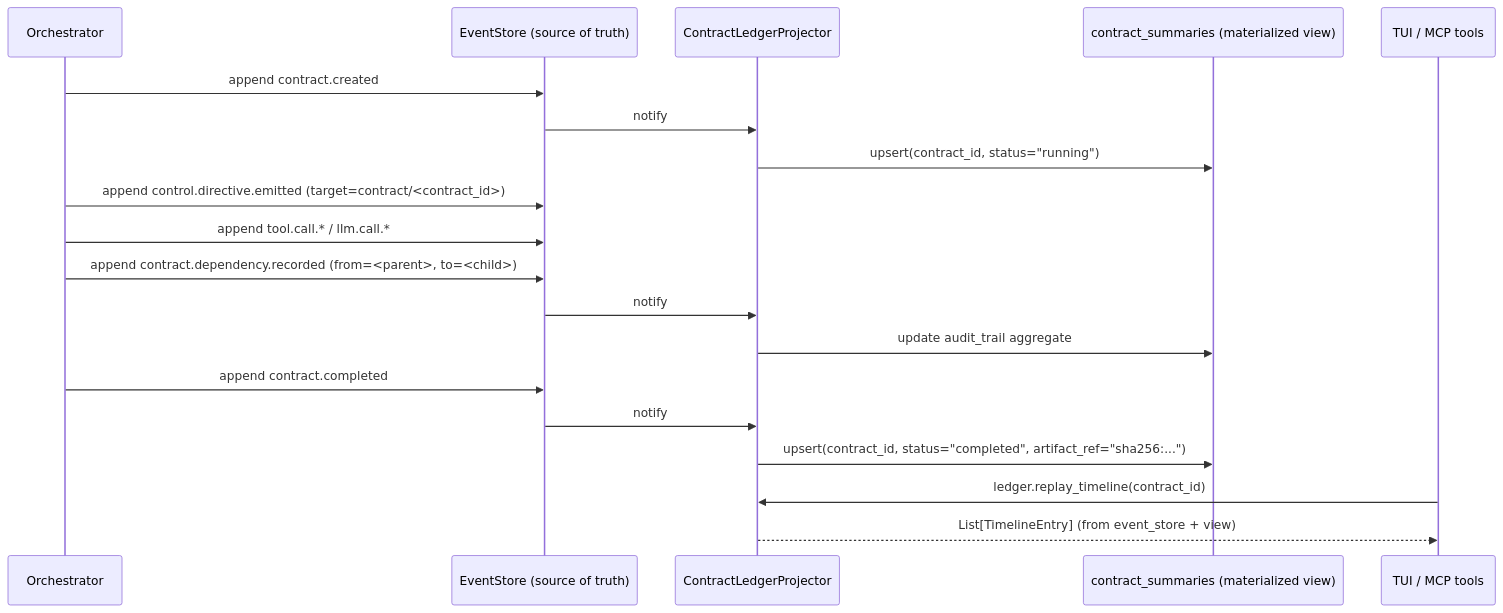
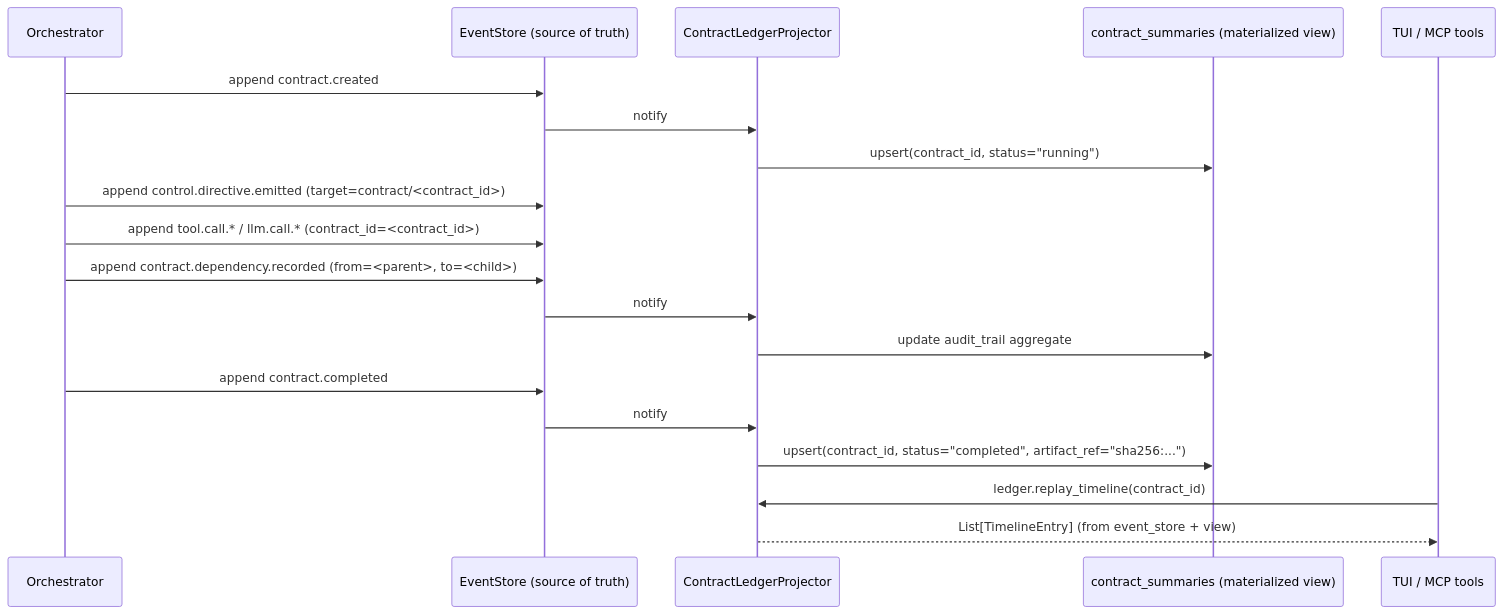
The second of 2 diagrams in docs/rfc/contract-ledger.md (Q00/ouroboros), drawn with Mermaid before and after one commit. The commit also changed other lines of this file, not shown here.

First line of the commit message:
Scope ledger replay to contract-correlated events

````diff
--- a/docs/rfc/contract-ledger.md
+++ b/docs/rfc/contract-ledger.md
@@ -228,22 +238,22 @@
 ```mermaid
 sequenceDiagram
     participant O as Orchestrator
     participant E as EventStore (source of truth)
     participant P as ContractLedgerProjector
     participant V as contract_summaries (materialized view)
     participant T as TUI / MCP tools
 
     O->>E: append contract.created
     E->>P: notify
     P->>V: upsert(contract_id, status="running")
     O->>E: append control.directive.emitted (target=contract/<contract_id>)
-    O->>E: append tool.call.* / llm.call.*
+    O->>E: append tool.call.* / llm.call.* (contract_id=<contract_id>)
     O->>E: append contract.dependency.recorded (from=<parent>, to=<child>)
     E->>P: notify
     P->>V: update audit_trail aggregate
     O->>E: append contract.completed
     E->>P: notify
     P->>V: upsert(contract_id, status="completed", artifact_ref="sha256:...")
     T->>P: ledger.replay_timeline(contract_id)
     P-->>T: List[TimelineEntry] (from event_store + view)
 ```
````
